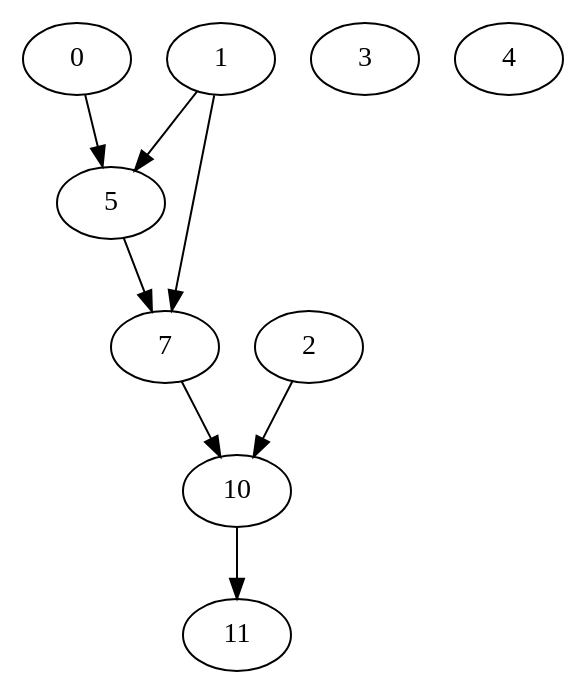
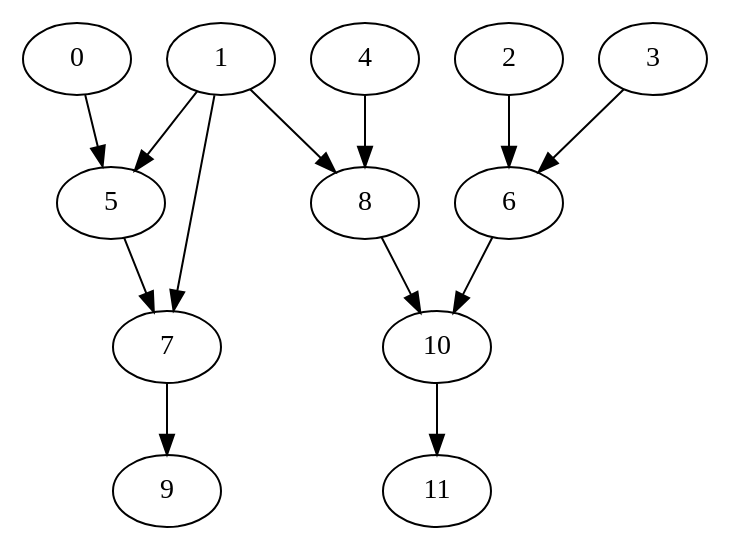
Before and after one commit to Ajax12345/protestGP: the diagram in test.dot, drawn with Graphviz. The commit also changed 1 other file, not shown here.

```diff
--- a/test.dot
+++ b/test.dot
@@ -1,18 +1,26 @@
 strict digraph "" {
 	0	[layer=1];
 	5	[layer=2];
 	0 -> 5;
 	1	[layer=1];
 	1 -> 5;
+	8	[layer=2];
+	1 -> 8;
 	7	[layer=3];
 	1 -> 7;
 	2	[layer=1];
-	10	[layer=4];
-	2 -> 10;
+	6	[layer=2];
+	2 -> 6;
 	3	[layer=1];
+	3 -> 6;
 	4	[layer=1];
+	4 -> 8;
 	5 -> 7;
-	7 -> 10;
+	10	[layer=3];
+	6 -> 10;
+	8 -> 10;
+	9	[layer=4];
+	7 -> 9;
 	11	[layer=5];
 	10 -> 11;
 }
```
